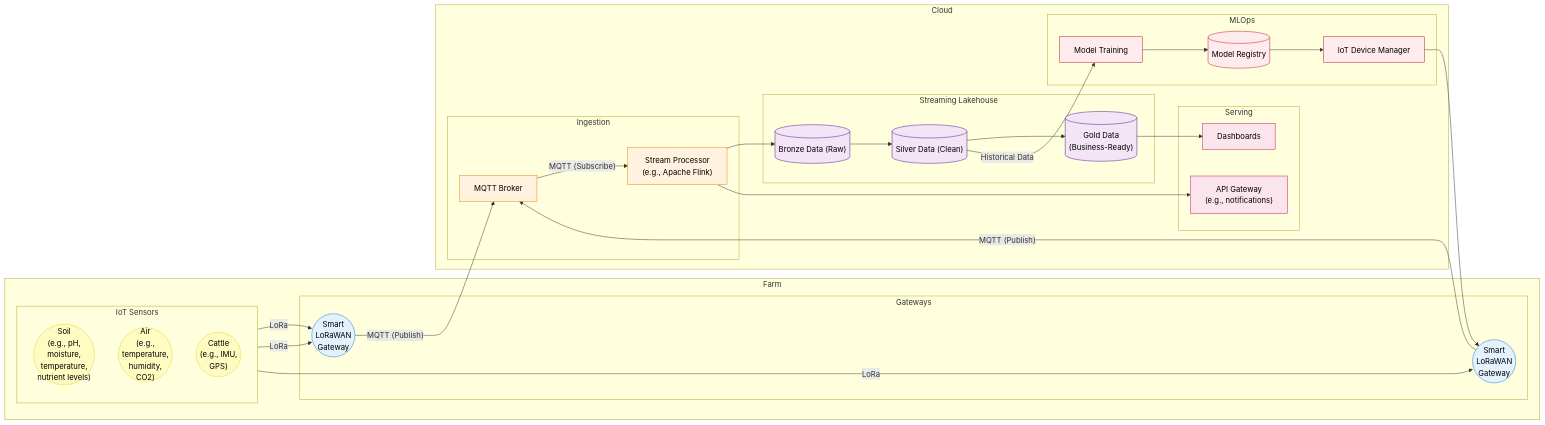
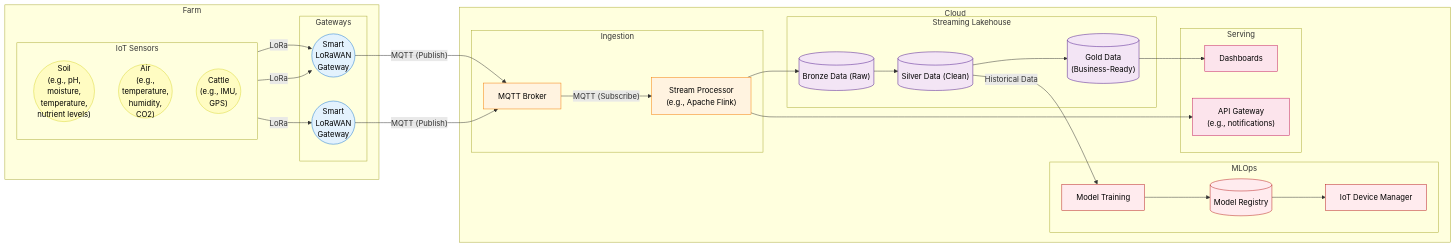
Before and after one commit to aydanthompson/smart-agrifarming-is: the first of 4 diagrams in docs/architecture-diagrams.md, drawn with Mermaid.

Commit message:
Removed device manager to gateway arrow

````diff
--- a/docs/architecture-diagrams.md
+++ b/docs/architecture-diagrams.md
@@ -7,72 +7,71 @@
 ```mermaid
 flowchart LR
     subgraph farm["Farm"]
         subgraph edge_layer["IoT Sensors"]
             direction TB
             sensors_soil(("Soil<br>(e.g., pH,<br>moisture,<br>temperature,<br>nutrient levels)"))
             sensors_air(("Air<br>(e.g.,<br>temperature,<br>humidity,<br>CO2)"))
             sensors_cattle(("Cattle<br>(e.g., IMU,<br>GPS)"))
         end
 
         subgraph gateways["Gateways"]
             gateway_1(("Smart<br>LoRaWAN<br>Gateway"))
             gateway_2(("Smart<br>LoRaWAN<br>Gateway"))
         end
 
     end
 
     subgraph cloud["Cloud"]
         subgraph ingestion["Ingestion"]
             broker["MQTT Broker"]
             stream_processor["Stream Processor<br>(e.g., Apache Flink)"]
         end
 
 
         subgraph lakehouse["Streaming Lakehouse"]
             bronze[("Bronze Data (Raw)")]
             silver[("Silver Data (Clean)")]
             gold[("Gold Data<br>(Business-Ready)")]
         end
 
         subgraph mlops["MLOps"]
             training["Model Training"]
             registry[("Model Registry")]
             device_manager["IoT Device Manager"]
         end
 
 
         subgraph serving["Serving"]
             dashboard["Dashboards"]
             api["API Gateway<br>(e.g., notifications)"]
         end
     end
 
     sensors_soil & sensors_air -->|LoRa| gateway_1
     sensors_cattle -->|LoRa| gateway_2
     gateway_1 -->|"MQTT (Publish)"| broker
     gateway_2 -->|"MQTT (Publish)"| broker
     broker -->|"MQTT (Subscribe)"| stream_processor
     stream_processor --> bronze
     stream_processor --> api
     bronze --> silver
     silver --> gold
     gold --> dashboard
     training --> registry
     registry --> device_manager
-    device_manager --> gateway_2
     silver -->|"Historical Data"| training
 
     classDef sensorStyle fill:#fffcc2,stroke:#dad734,color:#000
     classDef gatewayStyle fill:#e3f2fd,stroke:#1976d2,color:#000
     classDef ingestStyle fill:#fff3e0,stroke:#f57c00,color:#000
     classDef dataStyle fill:#f3e5f5,stroke:#4a148c,color:#000
     classDef mlStyle fill:#ffebee,stroke:#b71c1c,color:#000
     classDef presentationStyle fill:#fce4ec,stroke:#c2185b,color:#000
 
     class sensors_soil,sensors_air,sensors_cattle sensorStyle
     class gateway_1,gateway_2 gatewayStyle
     class broker,stream_processor ingestStyle
     class bronze,silver,gold dataStyle
     class training,registry,device_manager mlStyle
     class dashboard,api presentationStyle
 ```
````
